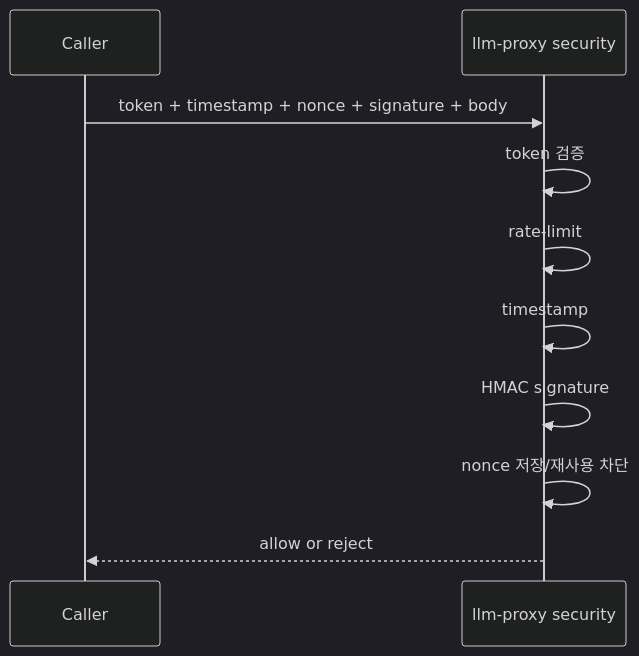
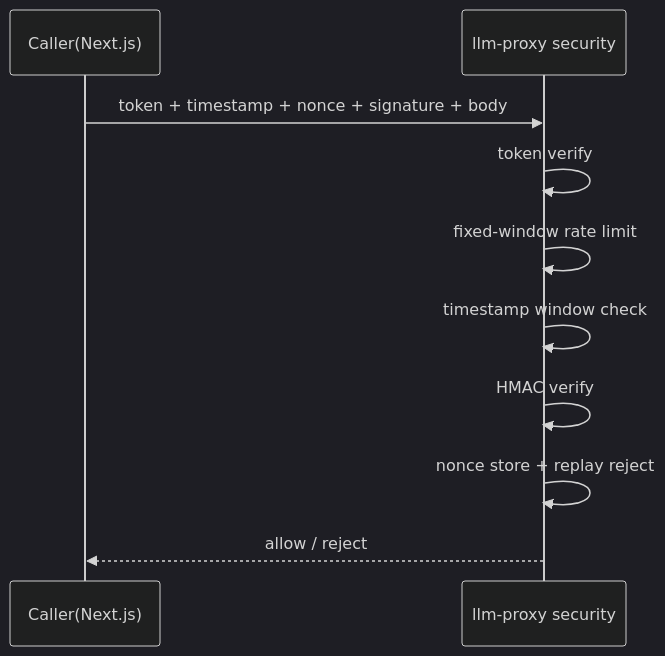
The second of 2 diagrams in docs/SECURITY_BASELINE.md (Merchantlee99/Personal-AI-agent-v2), drawn with Mermaid (dark theme) before and after one commit. The commit also changed other lines of this file and 9 other files, not shown here.

````diff
--- a/docs/SECURITY_BASELINE.md
+++ b/docs/SECURITY_BASELINE.md
@@ -49,13 +48,13 @@
 ```mermaid
 sequenceDiagram
-  participant C as Caller
+  participant C as Caller(Next.js)
   participant P as llm-proxy security
 
   C->>P: token + timestamp + nonce + signature + body
-  P->>P: token 검증
-  P->>P: rate-limit
-  P->>P: timestamp
-  P->>P: HMAC signature
-  P->>P: nonce 저장/재사용 차단
-  P-->>C: allow or reject
+  P->>P: token verify
+  P->>P: fixed-window rate limit
+  P->>P: timestamp window check
+  P->>P: HMAC verify
+  P->>P: nonce store + replay reject
+  P-->>C: allow / reject
 ```
````
